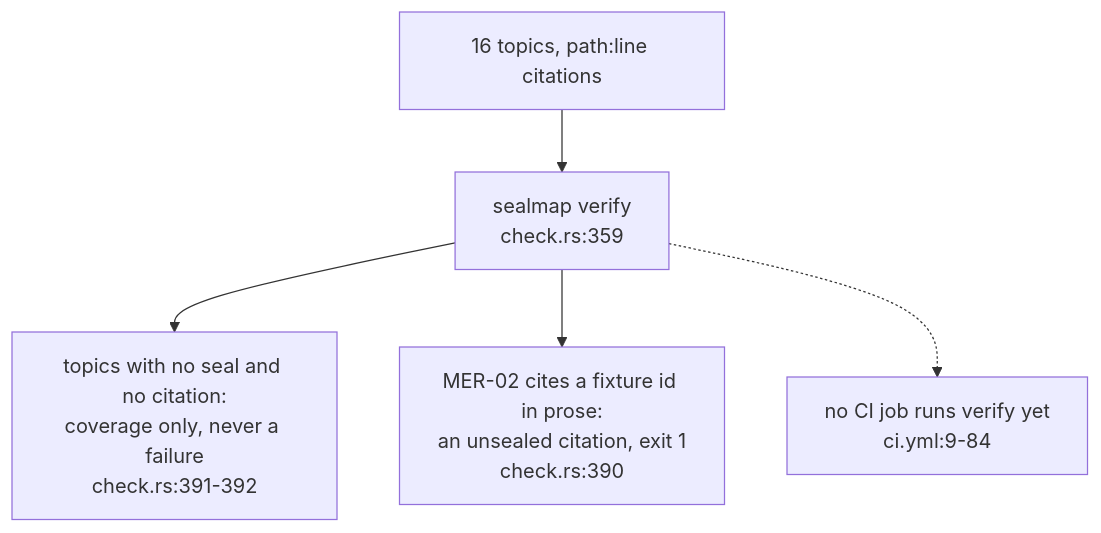
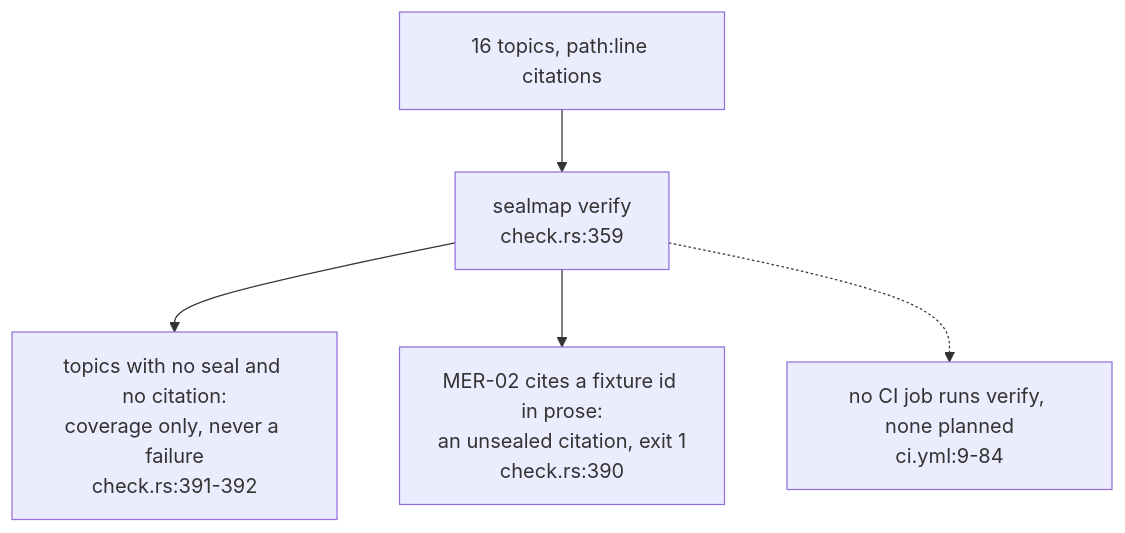
Before and after one commit to DreamLab-AI/codemaid: the sixth of 6 diagrams in docs/diagrams/delivery/02-design-versus-code.md, drawn with Mermaid. The commit also changed other lines of this file and 7 other files, not shown here.

First line of the commit message:
docs(diagrams): align DEL-01, DEL-02, COR-04, COR-06 and MOD-02 with the evidence

````diff
--- a/docs/diagrams/delivery/02-design-versus-code.md
+++ b/docs/diagrams/delivery/02-design-versus-code.md
@@ -247,12 +255,12 @@
 ```mermaid
 flowchart TB
     T["16 topics, path:line citations"]
     V["sealmap verify<br/>check.rs:359"]
     C["topics with no seal and no citation:<br/>coverage only, never a failure<br/>check.rs:391-392"]
     M["MER-02 cites a fixture id in prose:<br/>an unsealed citation, exit 1<br/>check.rs:390"]
-    CI["no CI job runs verify yet<br/>ci.yml:9-84"]
+    CI["no CI job runs verify, none planned<br/>ci.yml:9-84"]
     T --> V
     V --> C
     V --> M
     V -.-> CI
 ```
````
